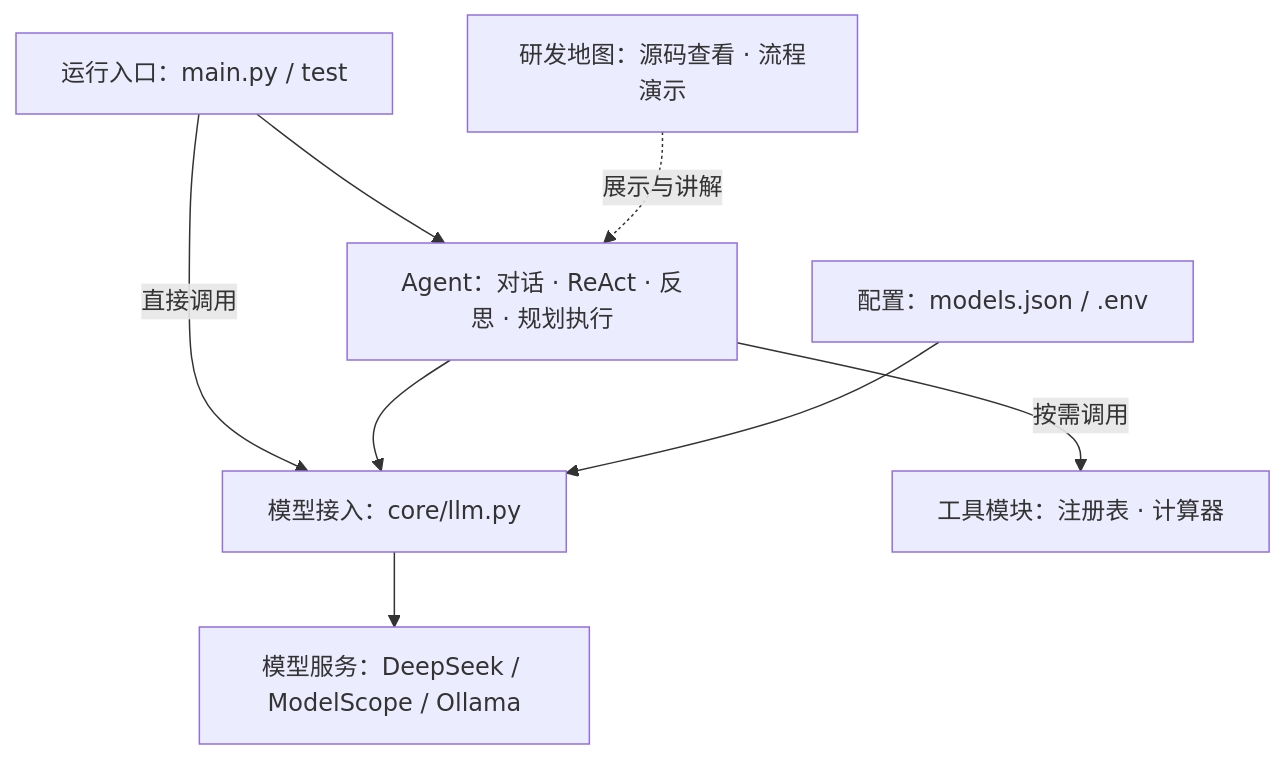
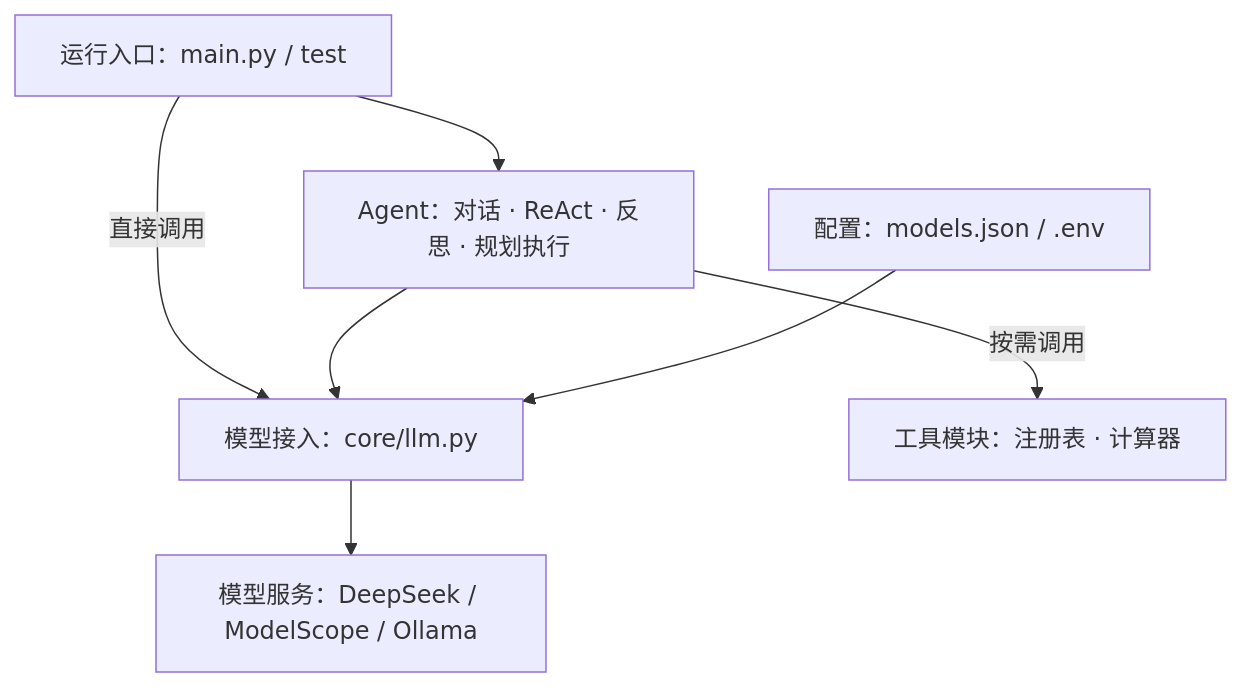
The diagram in README.md (SWAlbert-0/agent-practice), drawn with Mermaid before and after one commit. The commit also changed other lines of this file, not shown here.

Commit message:
docs: rename agent visualization section and simplify diagram

````diff
--- a/README.md
+++ b/README.md
@@ -29,18 +29,16 @@
 ```mermaid
 flowchart TB
     Entry[运行入口：main.py / test]
     Agents[Agent：对话 · ReAct · 反思 · 规划执行]
     LLM[模型接入：core/llm.py]
     Tools[工具模块：注册表 · 计算器]
     Config[配置：models.json / .env]
     Services[模型服务：DeepSeek / ModelScope / Ollama]
-    Web[研发地图：源码查看 · 流程演示]
 
     Entry --> Agents
     Entry -->|直接调用| LLM
     Agents --> LLM
     Agents -->|按需调用| Tools
     Config --> LLM
     LLM --> Services
-    Web -.->|展示与讲解| Agents
 ```
````
